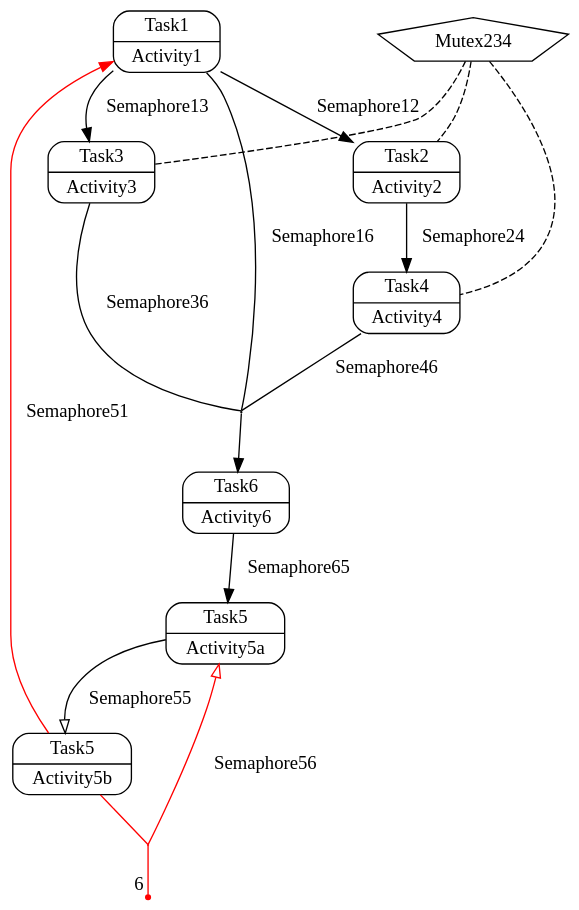
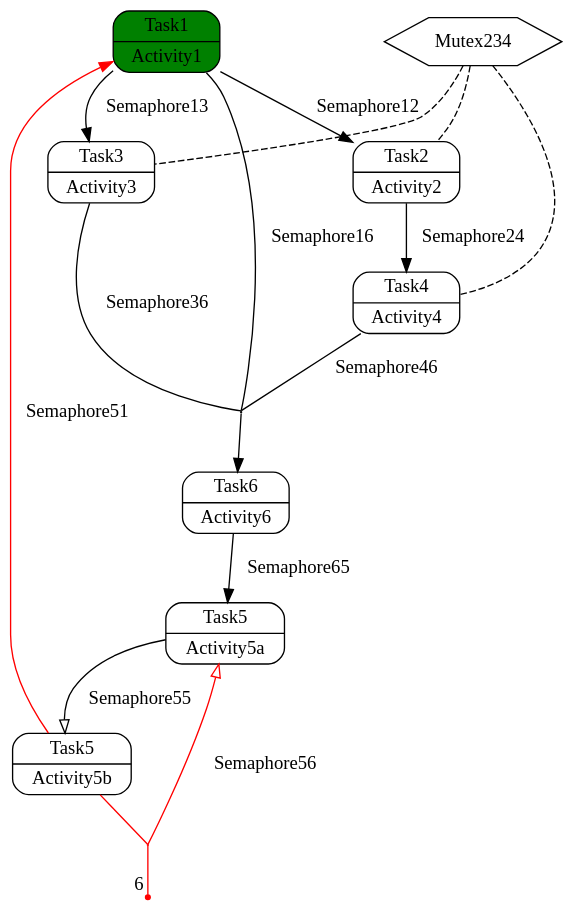
Before and after one commit to AdrianW424/Echtzeitsysteme_Projekt: the diagram in src/Digraph.gv, drawn with Graphviz. The commit also changed 3 other files, not shown here.

```diff
--- a/src/Digraph.gv
+++ b/src/Digraph.gv
@@ -1,33 +1,33 @@
 // Flowchart
 digraph {
 	graph [bgcolor=transparent]
 	size="10,10"
-	Activity1 [label="{Task1|Activity1}" color=black fillcolor=transparent fontcolor=black shape=record style="rounded,filled"]
+	Activity1 [label="{Task1|Activity1}" color=black fillcolor=green fontcolor=black shape=record style="rounded,filled"]
 	Activity2 [label="{Task2|Activity2}" color=black fillcolor=transparent fontcolor=black shape=record style="rounded,filled"]
 	Activity3 [label="{Task3|Activity3}" color=black fillcolor=transparent fontcolor=black shape=record style="rounded,filled"]
 	Activity4 [label="{Task4|Activity4}" color=black fillcolor=transparent fontcolor=black shape=record style="rounded,filled"]
 	Activity5 [label="{Task5|Activity5a}" color=black fillcolor=transparent fontcolor=black shape=record style="rounded,filled"]
 	Activity7 [label="{Task5|Activity5b}" color=black fillcolor=transparent fontcolor=black shape=record style="rounded,filled"]
 	Activity6 [label="{Task6|Activity6}" color=black fillcolor=transparent fontcolor=black shape=record style="rounded,filled"]
-	Mutex234 [label=Mutex234 color=black fillcolor=transparent fontcolor=black shape=polygon sides=5 style=filled]
+	Mutex234 [label=Mutex234 color=black fillcolor=transparent fontcolor=black shape=polygon sides=6 style=filled]
 	Mutex234 -> Activity2 [arrowhead=none color=black splines=polyline style=dashed]
 	Mutex234 -> Activity3 [arrowhead=none color=black splines=polyline style=dashed]
 	Mutex234 -> Activity4 [arrowhead=none color=black splines=polyline style=dashed]
 	Activity1 -> Activity2 [label=Semaphore12 color=black fontcolor=black splines=polyline]
 	Activity1 -> Activity3 [label=Semaphore13 color=black fontcolor=black splines=polyline]
 	Dummy0 [color=black height=0.01 shape=point width=0.01]
 	Activity1 -> Dummy0 [label=Semaphore16 arrowhead=none color=black fontcolor=black splines=polyline]
 	Activity3 -> Dummy0 [label=Semaphore36 arrowhead=none color=black fontcolor=black splines=polyline]
 	Activity4 -> Dummy0 [label=Semaphore46 arrowhead=none color=black fontcolor=black splines=polyline]
 	Dummy0 [color=black height=0.01 shape=point width=0.01]
 	Dummy0 -> Activity6 [arrowhead=normal color=black splines=polyline]
 	Activity2 -> Activity4 [label=Semaphore24 color=black fontcolor=black splines=polyline]
 	Activity5 -> Activity7 [label=Semaphore55 arrowhead=onormal color=black fontcolor=black splines=polyline]
 	Activity7 -> Activity1 [label=Semaphore51 color=red fontcolor=black splines=polyline]
 	Dummy1 [color=red height=0.01 shape=point width=0.01]
 	Activity7 -> Dummy1 [arrowhead=none color=red splines=polyline]
 	Dummy1 -> Activity5 [label=Semaphore56 arrowhead=onormal color=red fontcolor=black splines=polyline]
 	Dummy2 [color=red fontcolor=black shape=point xlabel=6]
 	Dummy1 -> Dummy2 [arrowhead=none color=red splines=polyline]
 	Activity6 -> Activity5 [label=Semaphore65 color=black fontcolor=black splines=polyline]
 }
```
